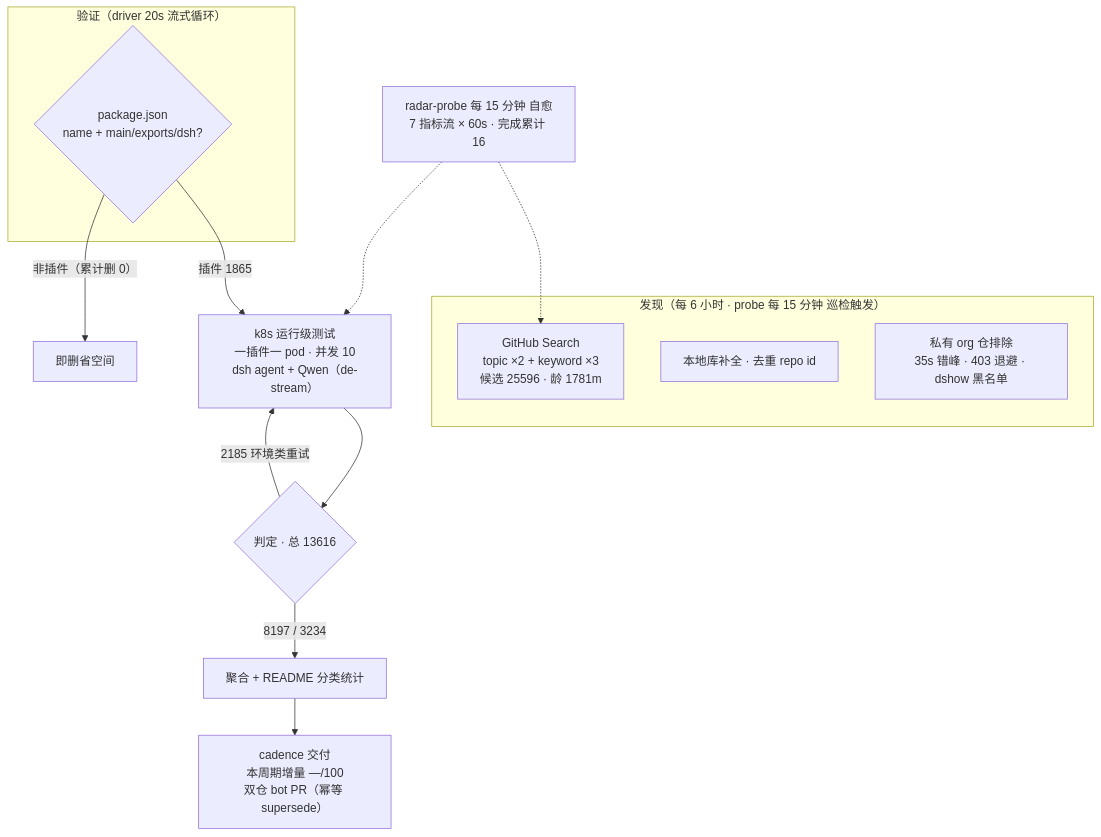
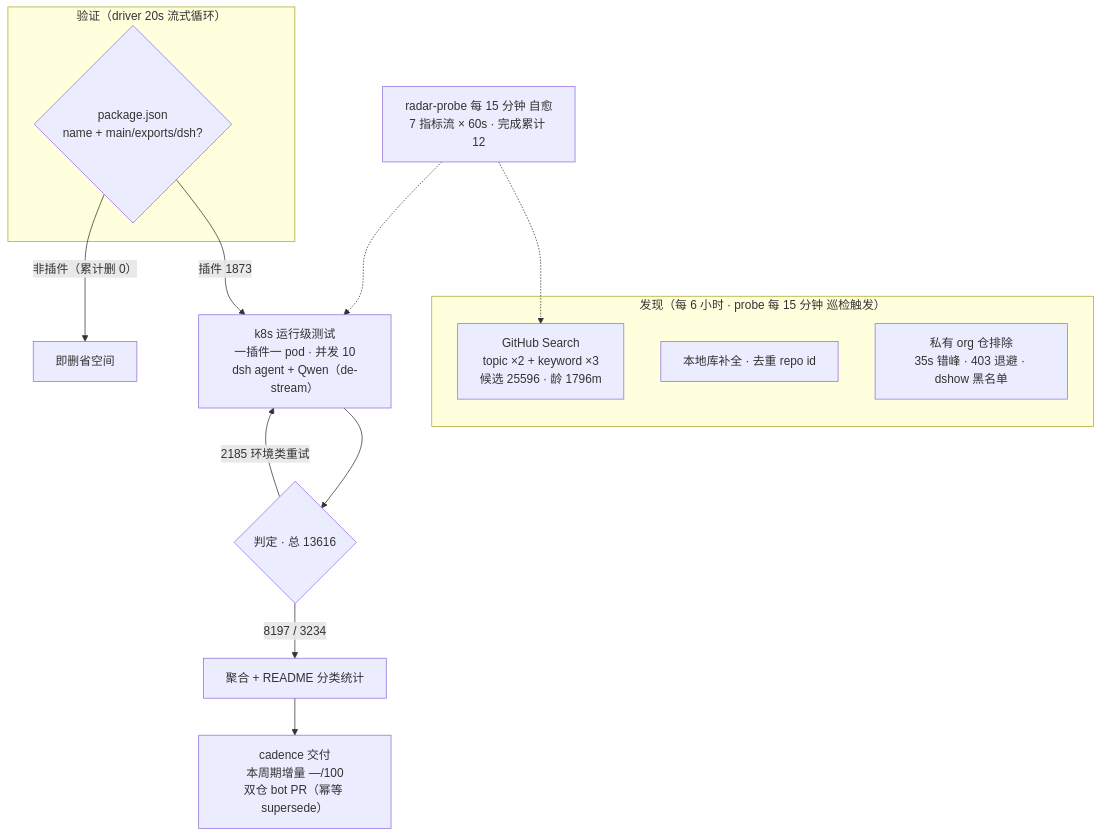
Before and after one commit to Zhidao-Lab-OSS/awesome-dsh-plugins: the diagram in README.md, drawn with Mermaid. The commit also changed other lines of this file and 1 other file, not shown here.

Commit message:
readme-render: 渲染自快照 20261003T031501Z（自托管 Bot B · merge 门控）

````diff
--- a/README.md
+++ b/README.md
@@ -54,20 +54,20 @@
 ```mermaid
 flowchart TB
     subgraph Discovery["发现（每 6 小时 · probe 每 15 分钟 巡检触发）"]
-        A1["GitHub Search<br/>topic ×2 + keyword ×3<br/>候选 25596 · 龄 1781m"]
+        A1["GitHub Search<br/>topic ×2 + keyword ×3<br/>候选 25596 · 龄 1796m"]
         A2["本地库补全 · 去重 repo id"]
         A3["私有 org 仓排除<br/>35s 错峰 · 403 退避 · dshow 黑名单"]
     end
     subgraph Validation["验证（driver 20s 流式循环）"]
         B1{"package.json<br/>name + main/exports/dsh?"}
     end
-    B1 -->|"插件 1865"| C1["k8s 运行级测试<br/>一插件一 pod · 并发 10<br/>dsh agent + Qwen（de-stream）"]
+    B1 -->|"插件 1873"| C1["k8s 运行级测试<br/>一插件一 pod · 并发 10<br/>dsh agent + Qwen（de-stream）"]
     B1 -->|"非插件（累计删 0）"| B3["即删省空间"]
     C1 --> D1{"判定 · 总 13616"}
     D1 -->|"8197 / 3234"| E1["聚合 + README 分类统计"]
     D1 -->|"2185 环境类重试"| C1
     E1 --> E2["cadence 交付<br/>本周期增量 —/100<br/>双仓 bot PR（幂等 supersede）"]
-    M["radar-probe 每 15 分钟 自愈<br/>7 指标流 × 60s · 完成累计 16"]
+    M["radar-probe 每 15 分钟 自愈<br/>7 指标流 × 60s · 完成累计 12"]
     M -.-> A1
     M -.-> C1
 ```
````
